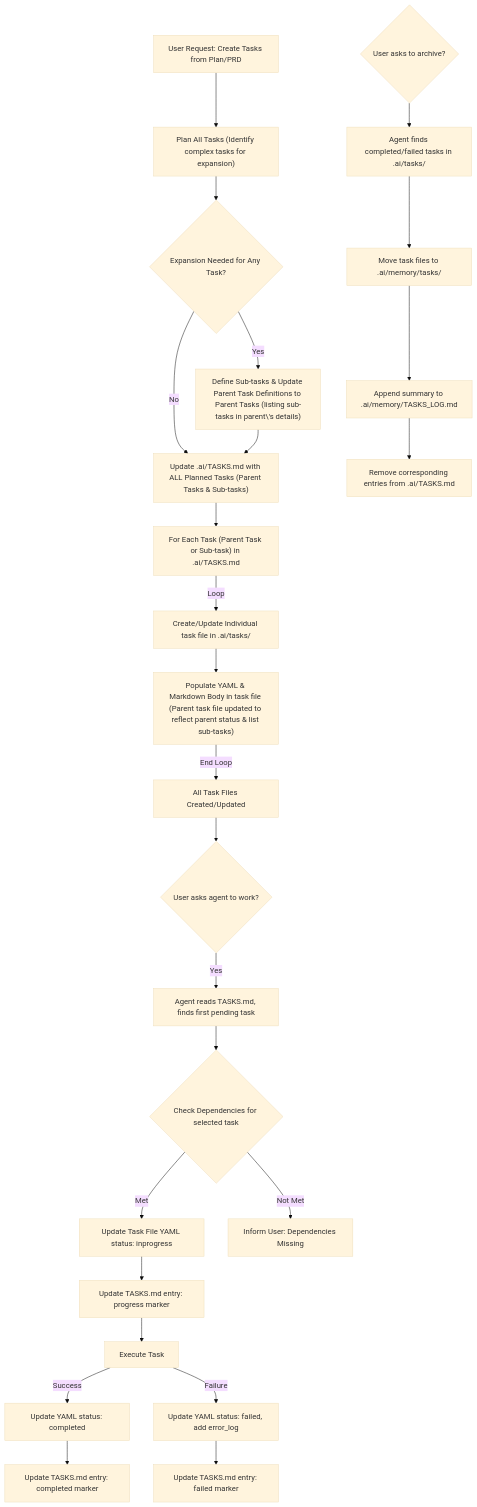
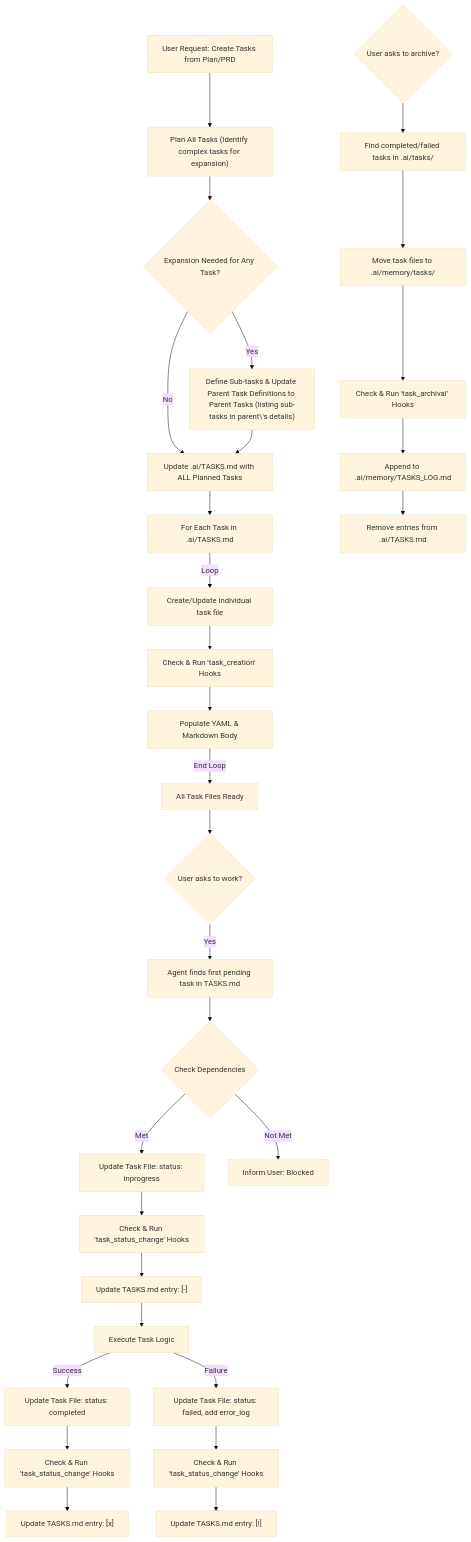
The diagram in .vscode/rules/.task-magic/workflow.md (teratron/magic-vibe), drawn with Mermaid (base theme) before and after one commit. The commit also changed 3 other files, not shown here.

Commit message:
docs(task-magic): update hooks and memory documentation to clarify agent responsibilities and ensure safe file operations

````diff
--- a/.vscode/rules/.task-magic/workflow.md
+++ b/.vscode/rules/.task-magic/workflow.md
@@ -5,27 +5,32 @@
 ```mermaid
 graph TD
   A[User Request: Create Tasks from Plan/PRD] --> B["Plan All Tasks (Identify complex tasks for expansion)"];
   B --> B1{Expansion Needed for Any Task?};
   B1 -- Yes --> B2["Define Sub-tasks & Update Parent Task Definitions to Parent Tasks (listing sub-tasks in parent\'s details)"];
   B1 -- No --> C;
-  B2 --> C["Update .ai/TASKS.md with ALL Planned Tasks (Parent Tasks & Sub-tasks)"];
-  C --> D["For Each Task (Parent Task or Sub-task) in .ai/TASKS.md"];
-  D -- Loop --> E["Create/Update Individual task file in .ai/tasks/"];
-  E --> F["Populate YAML & Markdown Body in task file (Parent task file updated to reflect parent status & list sub-tasks)"];
-  F -- End Loop --> G[All Task Files Created/Updated];
-  G --> H{User asks agent to work?};
-  H -- Yes --> I[Agent reads TASKS.md, finds first pending task];
-  I --> J{Check Dependencies for selected task};
-  J -- Met --> K[Update Task File YAML status: inprogress];
-  K --> L[Update TASKS.md entry: progress marker];
-  L --> M[Execute Task];
-  M -- Success --> N[Update YAML status: completed];
-  N --> O[Update TASKS.md entry: completed marker];
-  M -- Failure --> P["Update YAML status: failed, add error_log"];
-  P --> Q[Update TASKS.md entry: failed marker];
-  J -- Not Met --> R[Inform User: Dependencies Missing];
-  S{User asks to archive?} --> T["Agent finds completed/failed tasks in .ai/tasks/"];
+  B2 --> C["Update .ai/TASKS.md with ALL Planned Tasks"];
+  C --> D["For Each Task in .ai/TASKS.md"];
+  D -- Loop --> E["Create/Update Individual task file"];
+  E --> E_HOOK["Check & Run 'task_creation' Hooks"];
+  E_HOOK --> F["Populate YAML & Markdown Body"];
+  F -- End Loop --> G[All Task Files Ready];
+  G --> H{User asks to work?};
+  H -- Yes --> I["Agent finds first pending task in TASKS.md"];
+  I --> J{Check Dependencies};
+  J -- Met --> K["Update Task File: status: inprogress"];
+  K --> K_HOOK["Check & Run 'task_status_change' Hooks"];
+  K_HOOK --> L["Update TASKS.md entry: [-]"];
+  L --> M[Execute Task Logic];
+  M -- Success --> N["Update Task File: status: completed"];
+  N --> N_HOOK["Check & Run 'task_status_change' Hooks"];
+  N_HOOK --> O["Update TASKS.md entry: [x]"];
+  M -- Failure --> P["Update Task File: status: failed, add error_log"];
+  P --> P_HOOK["Check & Run 'task_status_change' Hooks"];
+  P_HOOK --> Q["Update TASKS.md entry: [!]"];
+  J -- Not Met --> R[Inform User: Blocked];
+  S{User asks to archive?} --> T["Find completed/failed tasks in .ai/tasks/"];
   T --> U["Move task files to .ai/memory/tasks/"];
-  U --> V[Append summary to .ai/memory/TASKS_LOG.md];
-  V --> W[Remove corresponding entries from .ai/TASKS.md];
+  U --> U_HOOK["Check & Run 'task_archival' Hooks"];
+  U_HOOK --> V["Append to .ai/memory/TASKS_LOG.md"];
+  V --> W["Remove entries from .ai/TASKS.md"];
 ```
````
